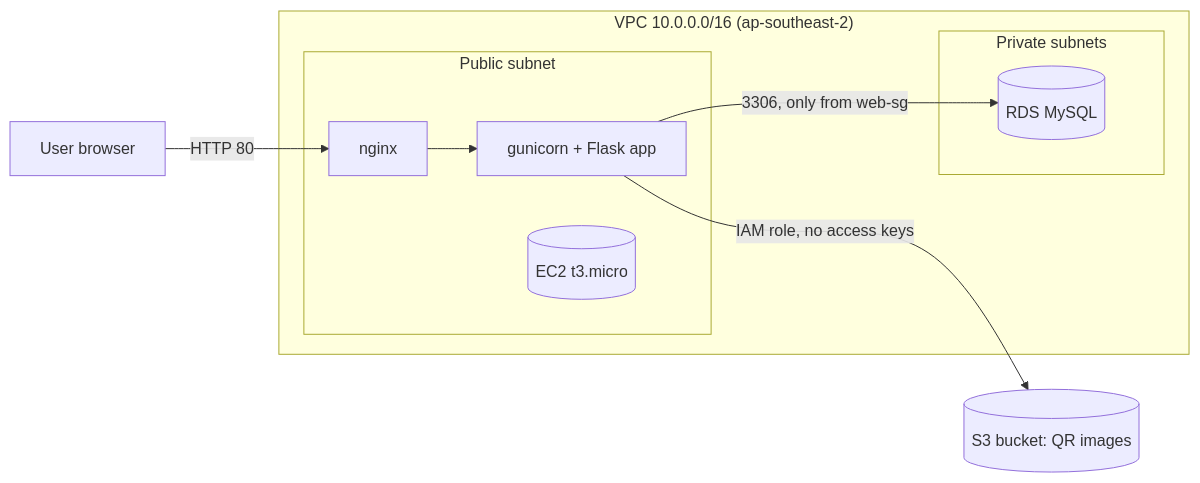
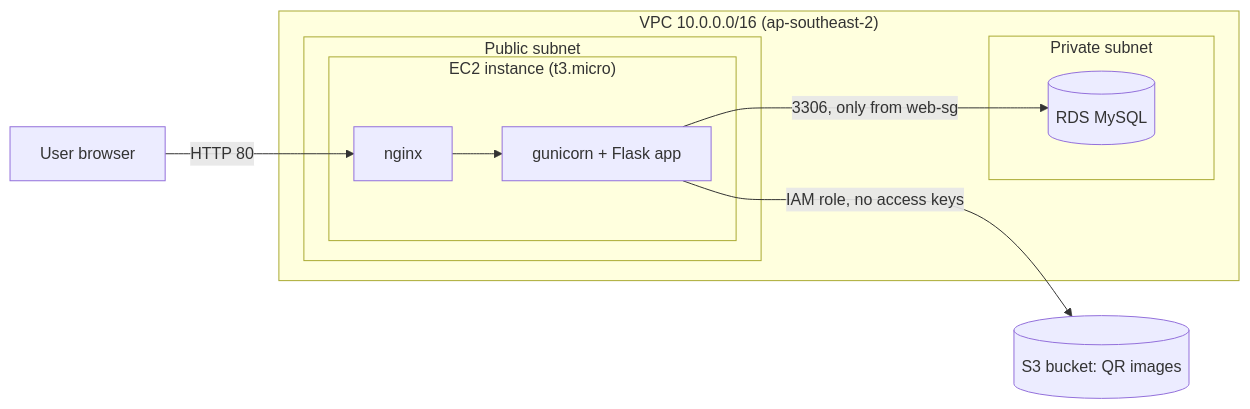
One commit to sanjanaps55/url-shortener-aws changed the diagram in README.md. Above: the diagram before and after it, drawn with Mermaid. The commit also changed other lines of this file and 5 other files, not shown here.

````diff
--- a/README.md
+++ b/README.md
@@ -16,17 +16,18 @@
 ```mermaid
 flowchart LR
     U[User browser] -->|HTTP 80| N
 
     subgraph VPC["VPC 10.0.0.0/16 (ap-southeast-2)"]
         subgraph PUB["Public subnet"]
-            N[nginx] --> G[gunicorn + Flask app]
-            EC2[(EC2 t3.micro)]
+            subgraph EC2["EC2 instance (t3.micro)"]
+                N[nginx] --> G[gunicorn + Flask app]
+            end
         end
-        subgraph PRIV["Private subnets"]
+        subgraph PRIV["Private subnet"]
             DB[(RDS MySQL)]
         end
-        G -->|3306, only from web-sg| DB
+        G -->|"3306, only from web-sg"| DB
     end
 
-    G -->|IAM role, no access keys| S3[(S3 bucket: QR images)]
+    G -->|"IAM role, no access keys"| S3[(S3 bucket: QR images)]
 ```
````
